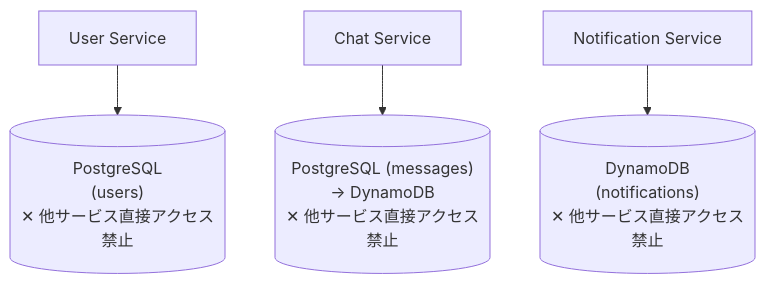
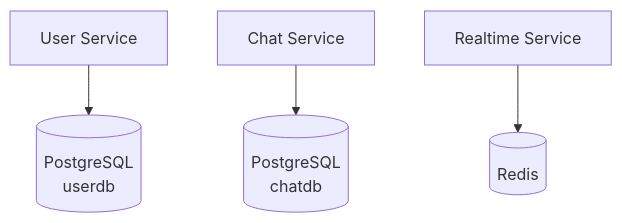
One commit to shunto-ishiguro/go-microservices-chat changed the sixth of 6 diagrams in docs/architecture/microservices.md. Above: the diagram before and after it, drawn with Mermaid. The commit also changed other lines of this file and 3 other files, not shown here.

First line of the commit message:
docs: architecture docs を新スコープに合わせて全面更新

````diff
--- a/docs/architecture/microservices.md
+++ b/docs/architecture/microservices.md
@@ -194,6 +220,6 @@
 ```mermaid
 graph TD
-    US[User Service] --> PG1[("PostgreSQL<br/>(users)<br/>✕ 他サービス直接アクセス禁止")]
-    CS[Chat Service] --> PG2[("PostgreSQL (messages)<br/>→ DynamoDB<br/>✕ 他サービス直接アクセス禁止")]
-    NS[Notification Service] --> DDB[("DynamoDB<br/>(notifications)<br/>✕ 他サービス直接アクセス禁止")]
+    US[User Service] --> PG1[("PostgreSQL<br/>userdb")]
+    CS[Chat Service] --> PG2[("PostgreSQL<br/>chatdb")]
+    RS[Realtime Service] --> R[("Redis")]
 ```
````
